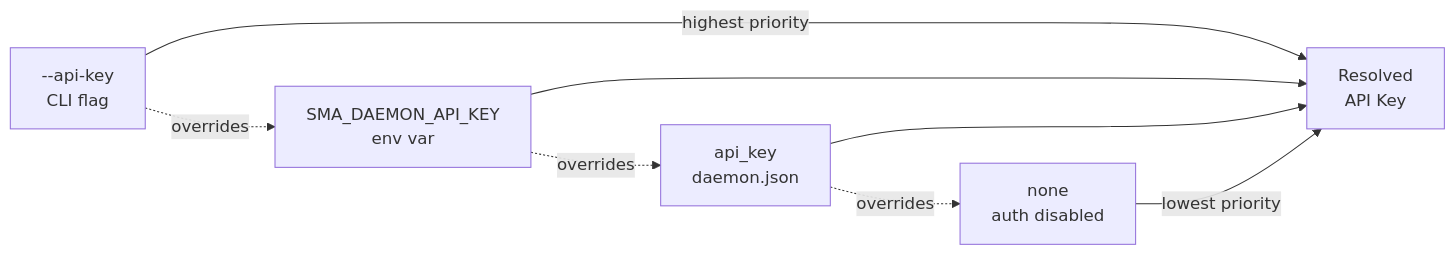
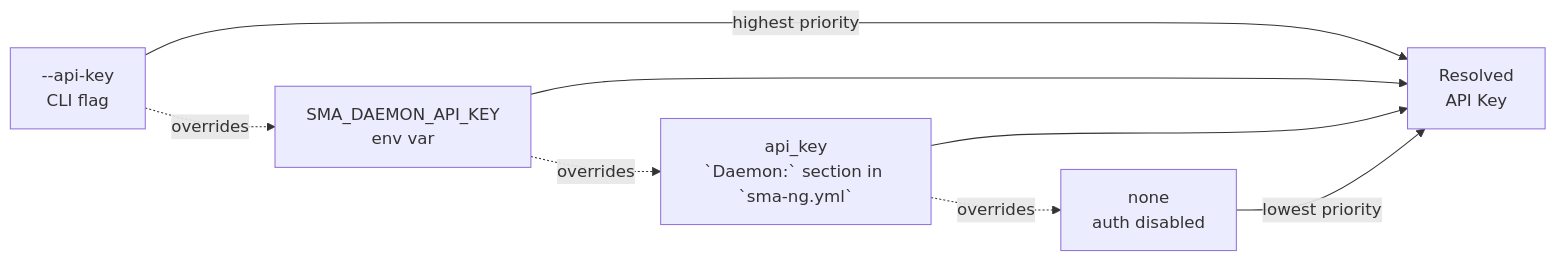
The first of 3 diagrams in docs/daemon.md (newdave/sma-ng), drawn with Mermaid before and after one commit. The commit also changed other lines of this file and 17 other files, not shown here.

````diff
--- a/docs/daemon.md
+++ b/docs/daemon.md
@@ -127,8 +127,8 @@
 ```mermaid
 flowchart LR
     A["--api-key\nCLI flag"] -->|highest priority| V["Resolved\nAPI Key"]
     B["SMA_DAEMON_API_KEY\nenv var"] --> V
-    C["api_key\ndaemon.json"] --> V
+    C["api_key\n`Daemon:` section in `sma-ng.yml`"] --> V
     D["none\nauth disabled"] -->|lowest priority| V
     A -.->|overrides| B -.->|overrides| C -.->|overrides| D
 ```
````
